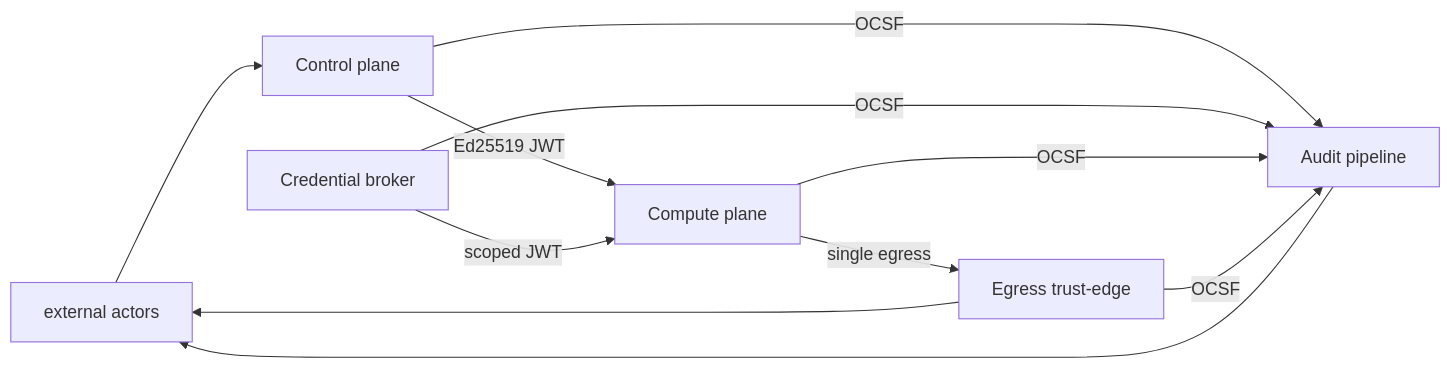
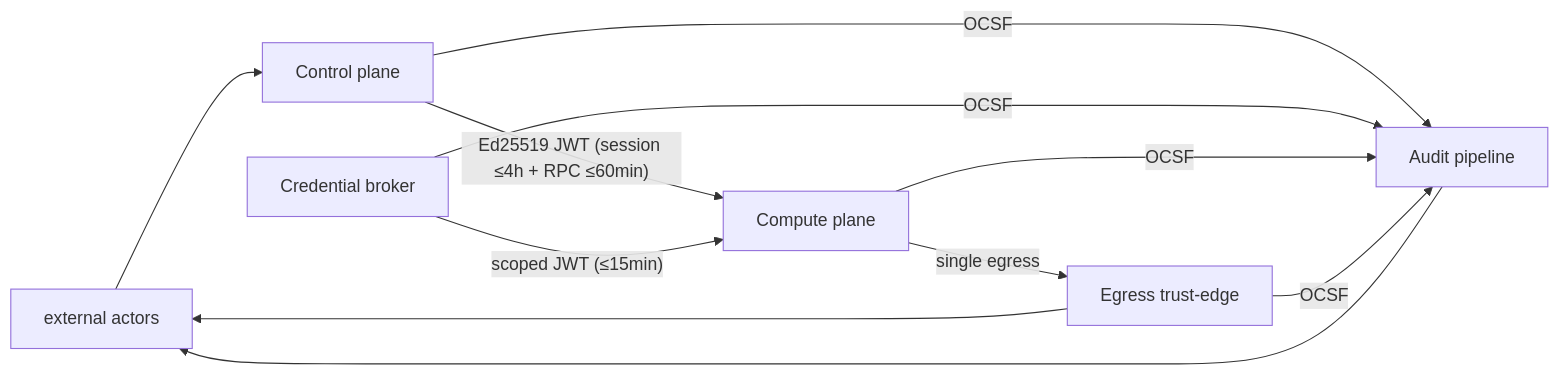
The diagram in docs/architecture/02-trust-boundaries.md (Wide-Moat/open-computer-use), drawn with Mermaid before and after one commit. The commit also changed other lines of this file, not shown here.

````diff
--- a/docs/architecture/02-trust-boundaries.md
+++ b/docs/architecture/02-trust-boundaries.md
@@ -70,16 +68,16 @@
 ```mermaid
 flowchart LR
     EXT[external actors]
     CP[Control plane]
     BR[Credential broker]
     VM[Compute plane]
     EDGE[Egress trust-edge]
     AUDIT[Audit pipeline]
     EXT --> CP
-    CP -- "Ed25519 JWT" --> VM
-    BR -- "scoped JWT" --> VM
+    CP -- "Ed25519 JWT (session ≤4h + RPC ≤60min)" --> VM
+    BR -- "scoped JWT (≤15min)" --> VM
     VM -- "single egress" --> EDGE
     EDGE --> EXT
     CP & BR & VM & EDGE -- "OCSF" --> AUDIT
     AUDIT --> EXT
 ```
````
